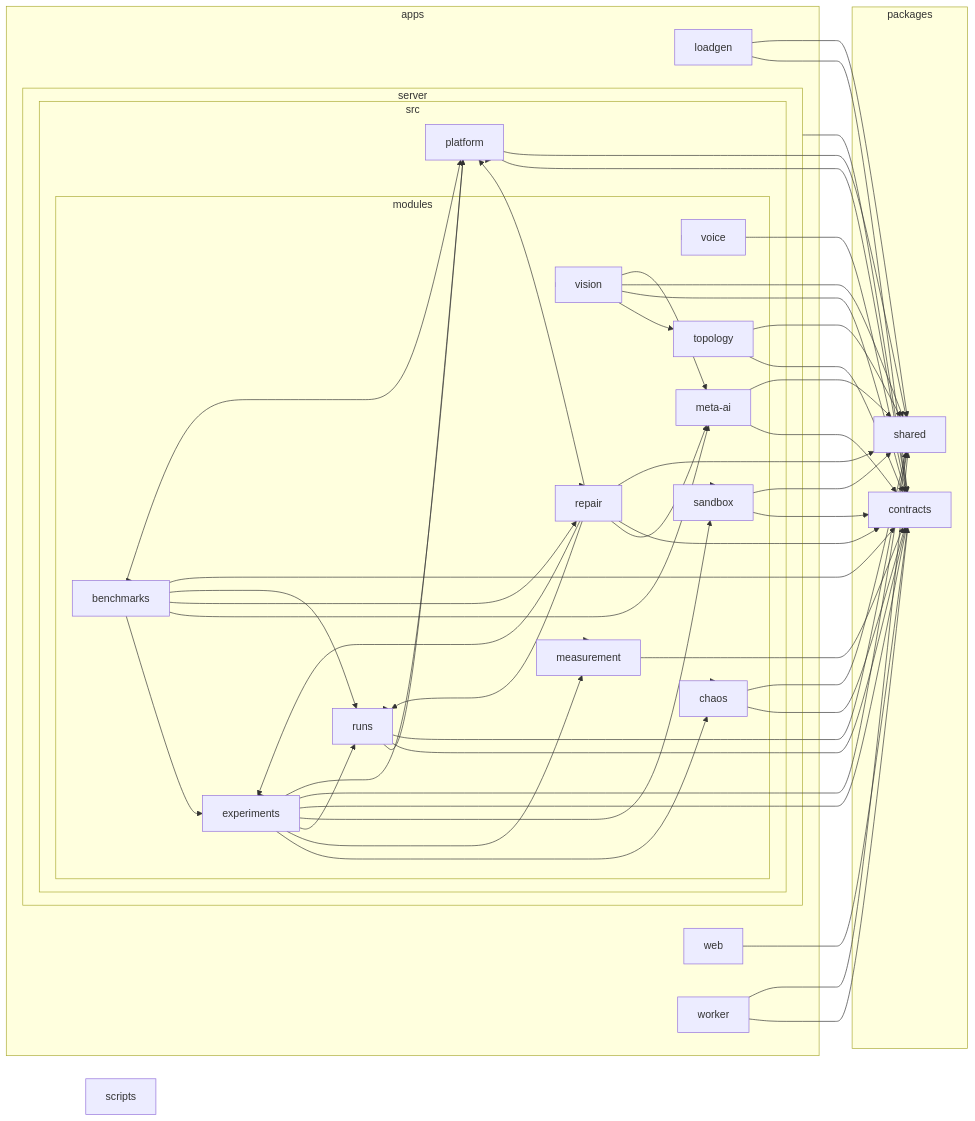
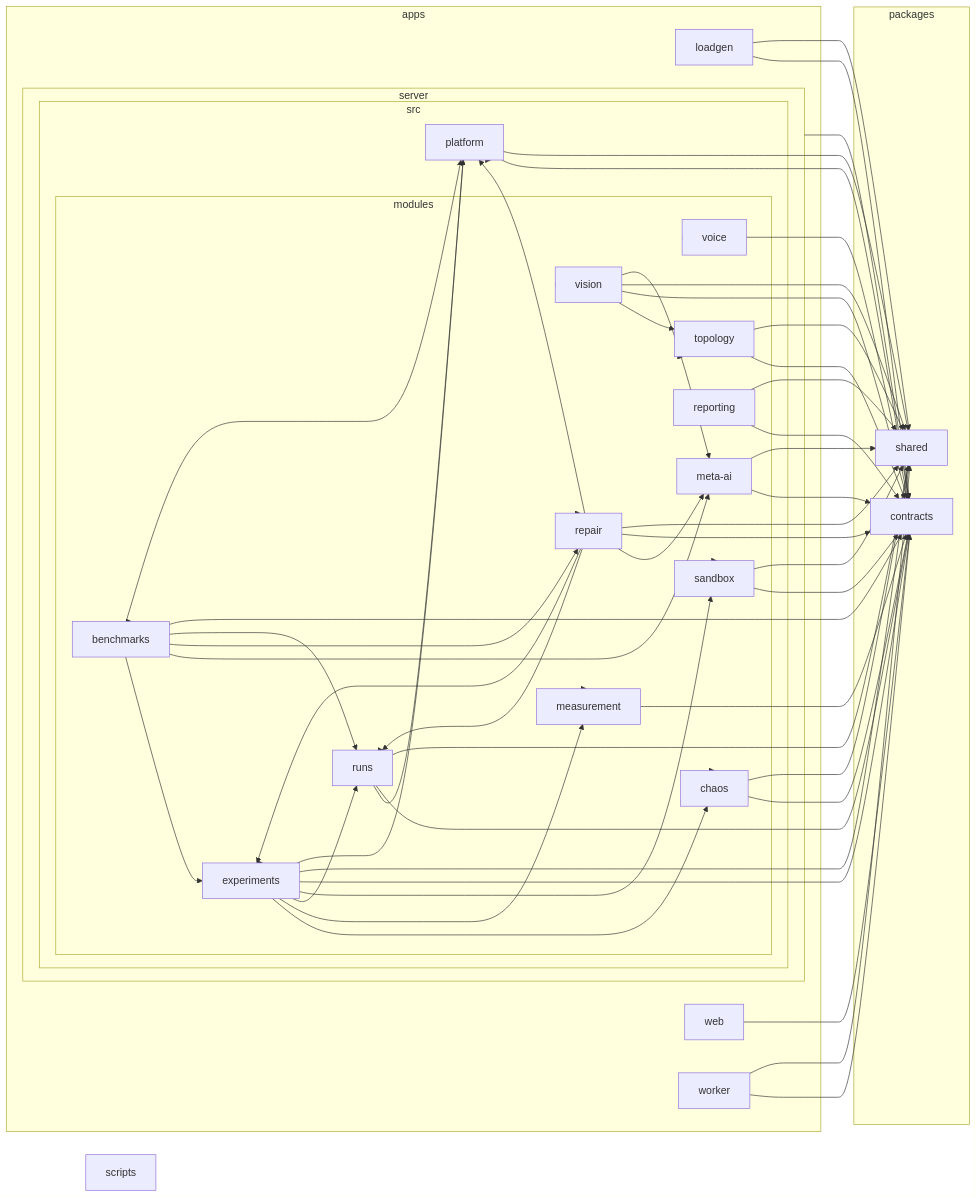
Before and after one commit to Jagdish-Padhi/EchmaMeet: the diagram in docs/architecture.md, drawn with Mermaid. The commit also changed 3 other files, not shown here.

Commit message:
docs: record phase 10 report export decisions and update module graph

````diff
--- a/docs/architecture.md
+++ b/docs/architecture.md
@@ -69,25 +69,26 @@
 8["measurement"]
 9["meta-ai"]
 A["repair"]
-B["runs"]
-C["sandbox"]
-D["topology"]
-E["vision"]
-F["voice"]
+B["reporting"]
+C["runs"]
+D["sandbox"]
+E["topology"]
+F["vision"]
+G["voice"]
 end
-G["platform"]
+H["platform"]
 end
 end
-H["web"]
-I["worker"]
+I["web"]
+J["worker"]
 end
-subgraph J["packages"]
-K["contracts"]
-L["shared"]
+subgraph K["packages"]
+L["contracts"]
+M["shared"]
 end
-M["scripts"]
-1-->K
+N["scripts"]
 1-->L
+1-->M
 2-->5
 2-->6
 2-->7
@@ -95,51 +96,54 @@
 2-->9
 2-->A
 2-->B
-2-->D
+2-->C
 2-->E
 2-->F
 2-->G
-2-->C
-2-->K
+2-->H
+2-->L
+2-->D
 5-->7
 5-->9
 5-->A
-5-->B
-5-->K
-5-->G
-6-->K
+5-->C
+5-->L
+5-->H
 6-->L
+6-->M
 7-->6
 7-->8
-7-->B
 7-->C
-7-->K
+7-->D
 7-->L
-7-->G
-8-->K
-9-->K
+7-->M
+7-->H
+8-->L
 9-->L
+9-->M
 A-->7
 A-->9
-A-->B
-A-->K
+A-->C
 A-->L
-A-->G
-B-->G
-B-->K
+A-->M
+A-->H
 B-->L
-C-->K
+B-->M
+C-->H
 C-->L
-D-->K
+C-->M
 D-->L
-E-->D
-E-->K
+D-->M
 E-->L
-E-->9
-F-->K
-G-->K
+E-->M
+F-->E
+F-->L
+F-->M
+F-->9
 G-->L
-H-->K
-I-->K
+H-->L
+H-->M
 I-->L
+J-->L
+J-->M
 ```
````
